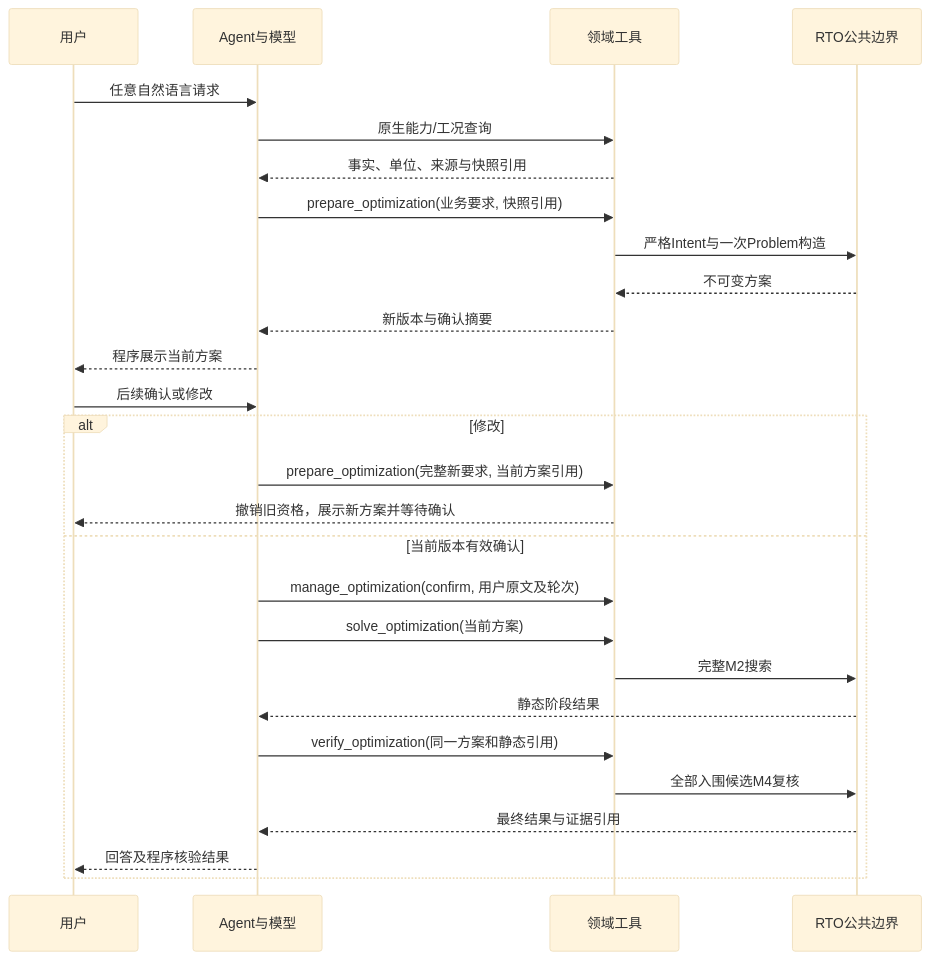
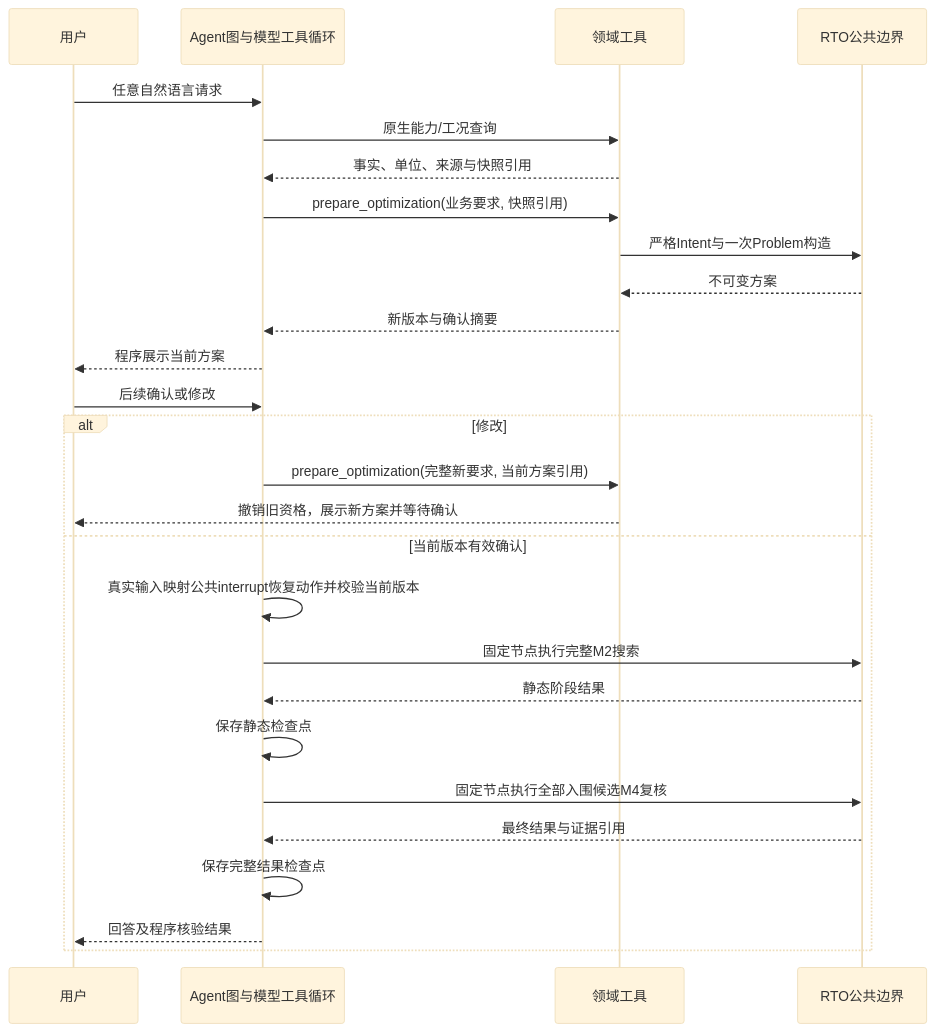
Before and after one commit to lvguima/petroleum_rto_agent: the diagram in docs/rto/02_垂域模型与RTO通信协议.md, drawn with Mermaid (base theme). The commit also changed other lines of this file and 57 other files, not shown here.

````diff
--- a/docs/rto/02_垂域模型与RTO通信协议.md
+++ b/docs/rto/02_垂域模型与RTO通信协议.md
@@ -22,31 +23,31 @@
 ```mermaid
 sequenceDiagram
     accTitle: 原生工具与快照绑定的优化调用
     accDescr: 模型自行查询工况和准备问题，程序展示方案，后续用户确认后执行同一问题的完整静态搜索与动态复核。
     participant U as 用户
-    participant A as Agent与模型
+    participant A as Agent图与模型工具循环
     participant T as 领域工具
     participant R as RTO公共边界
     U->>A: 任意自然语言请求
     A->>T: 原生能力/工况查询
     T-->>A: 事实、单位、来源与快照引用
     A->>T: prepare_optimization(业务要求, 快照引用)
     T->>R: 严格Intent与一次Problem构造
     R-->>T: 不可变方案
     T-->>A: 新版本与确认摘要
     A-->>U: 程序展示当前方案
     U->>A: 后续确认或修改
     alt 修改
         A->>T: prepare_optimization(完整新要求, 当前方案引用)
         T-->>U: 撤销旧资格，展示新方案并等待确认
     else 当前版本有效确认
-        A->>T: manage_optimization(confirm, 用户原文及轮次)
-        A->>T: solve_optimization(当前方案)
-        T->>R: 完整M2搜索
+        A->>A: 真实输入映射公共interrupt恢复动作并校验当前版本
+        A->>R: 固定节点执行完整M2搜索
         R-->>A: 静态阶段结果
-        A->>T: verify_optimization(同一方案和静态引用)
-        T->>R: 全部入围候选M4复核
+        A->>A: 保存静态检查点
+        A->>R: 固定节点执行全部入围候选M4复核
         R-->>A: 最终结果与证据引用
+        A->>A: 保存完整结果检查点
         A-->>U: 回答及程序核验结果
     end
 ```
````
